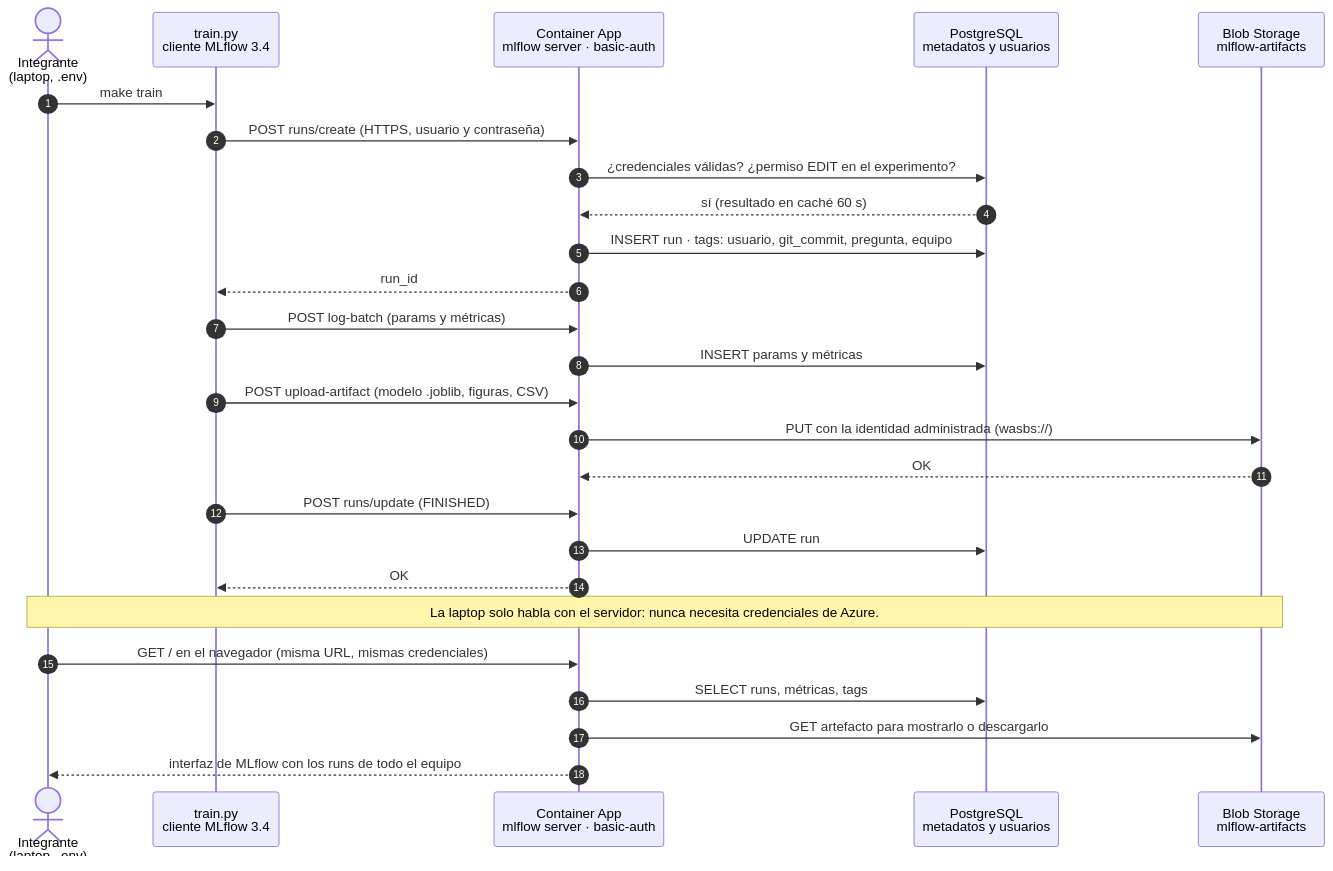
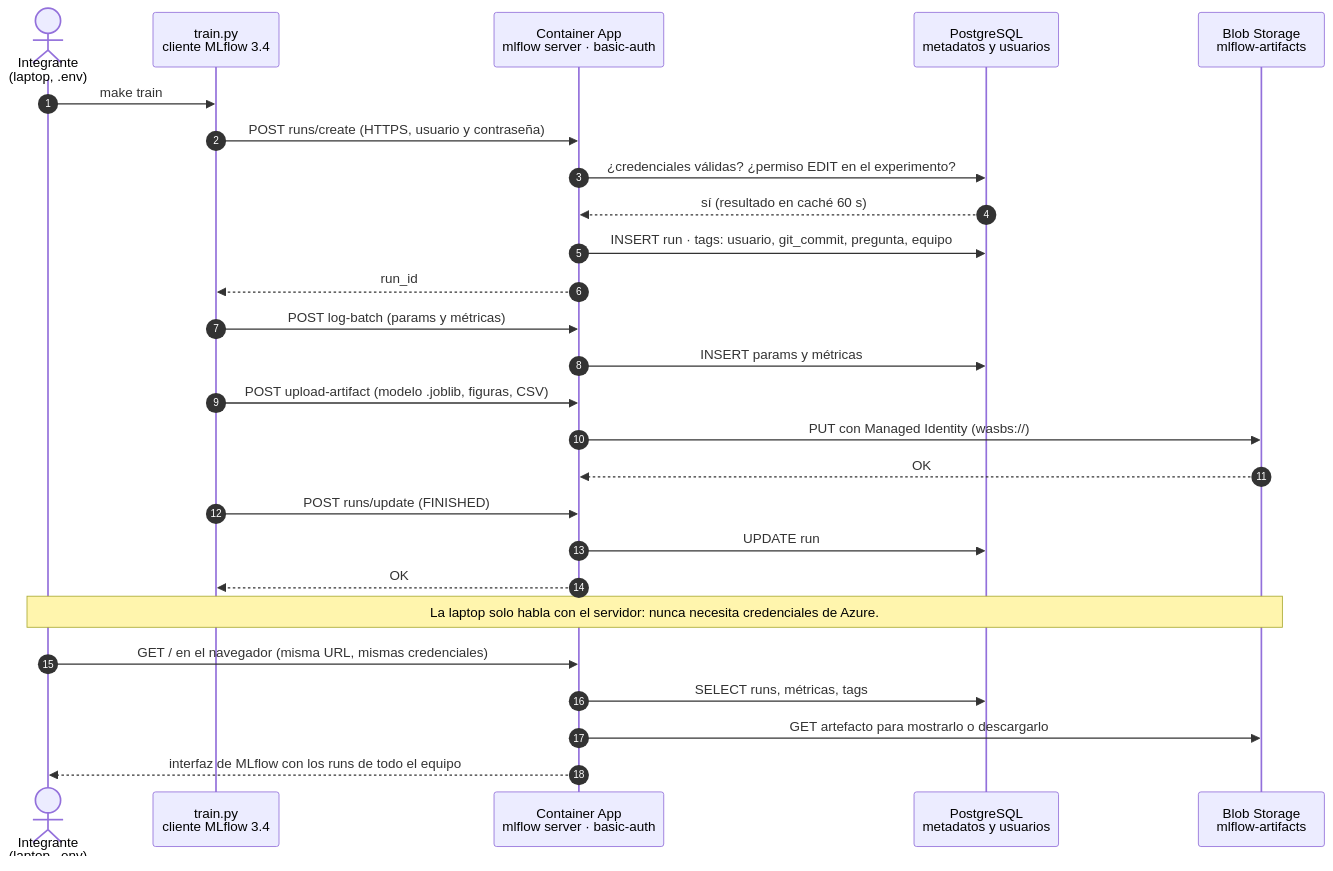
One commit to WillSagzz/TC5061-Proyecto-Equipo10 changed the diagram in references/infraestructura_nube_run.mmd. Above: the diagram before and after it, drawn with Mermaid. The commit also changed 7 other files, not shown here.

First line of the commit message:
docs(infra): conserva en inglés los nombres de los recursos de Azure en diagramas y guías

```diff
--- a/references/infraestructura_nube_run.mmd
+++ b/references/infraestructura_nube_run.mmd
@@ -1,32 +1,32 @@
 %% Flujo de un run contra el servidor MLflow compartido · Proyecto MiBici · TC5061 Equipo 10
 %% Fuente de la figura de infra/README.md. Se exporta a infraestructura_nube_run.png con mermaid-cli (ver docs/entregas/entrega01/README.md).
 %% Sin URL, usuarios ni secretos.
 sequenceDiagram
   autonumber
   actor Dev as Integrante<br/>(laptop, .env)
   participant Train as train.py<br/>cliente MLflow 3.4
   participant App as Container App<br/>mlflow server · basic-auth
   participant PG as PostgreSQL<br/>metadatos y usuarios
   participant Blob as Blob Storage<br/>mlflow-artifacts
 
   Dev->>Train: make train
   Train->>App: POST runs/create (HTTPS, usuario y contraseña)
   App->>PG: ¿credenciales válidas? ¿permiso EDIT en el experimento?
   PG-->>App: sí (resultado en caché 60 s)
   App->>PG: INSERT run · tags: usuario, git_commit, pregunta, equipo
   App-->>Train: run_id
   Train->>App: POST log-batch (params y métricas)
   App->>PG: INSERT params y métricas
   Train->>App: POST upload-artifact (modelo .joblib, figuras, CSV)
-  App->>Blob: PUT con la identidad administrada (wasbs://)
+  App->>Blob: PUT con Managed Identity (wasbs://)
   Blob-->>App: OK
   Train->>App: POST runs/update (FINISHED)
   App->>PG: UPDATE run
   App-->>Train: OK
 
   Note over Dev,Blob: La laptop solo habla con el servidor: nunca necesita credenciales de Azure.
 
   Dev->>App: GET / en el navegador (misma URL, mismas credenciales)
   App->>PG: SELECT runs, métricas, tags
   App->>Blob: GET artefacto para mostrarlo o descargarlo
   App-->>Dev: interfaz de MLflow con los runs de todo el equipo
```
